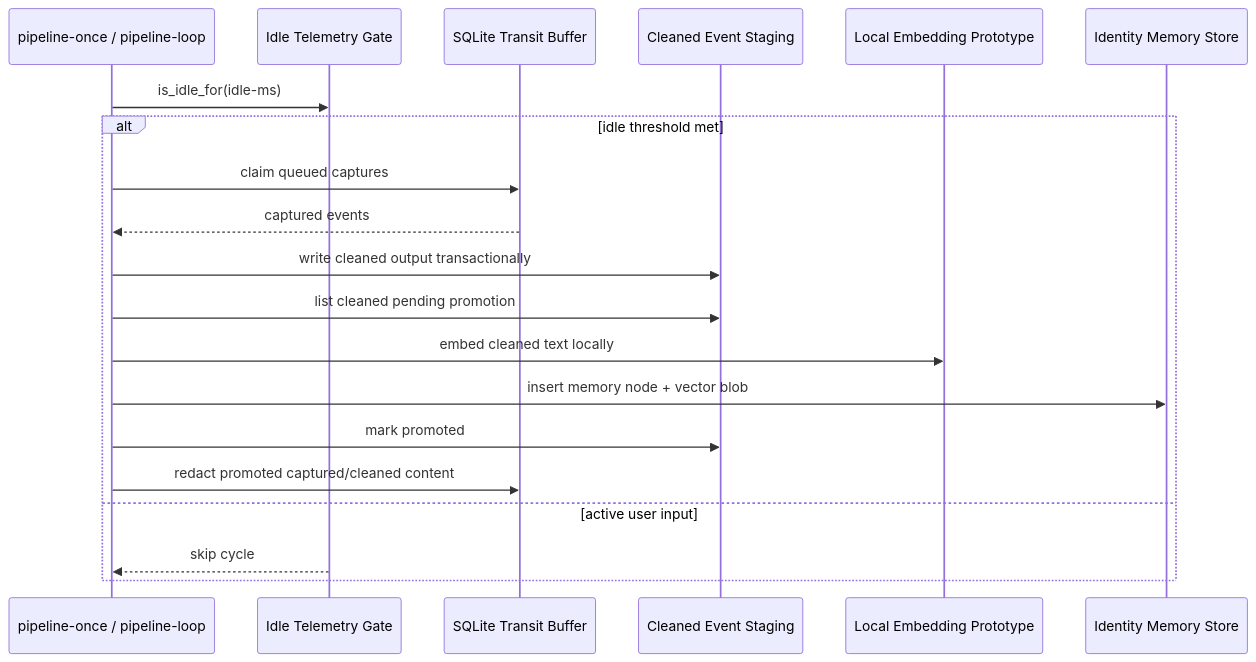
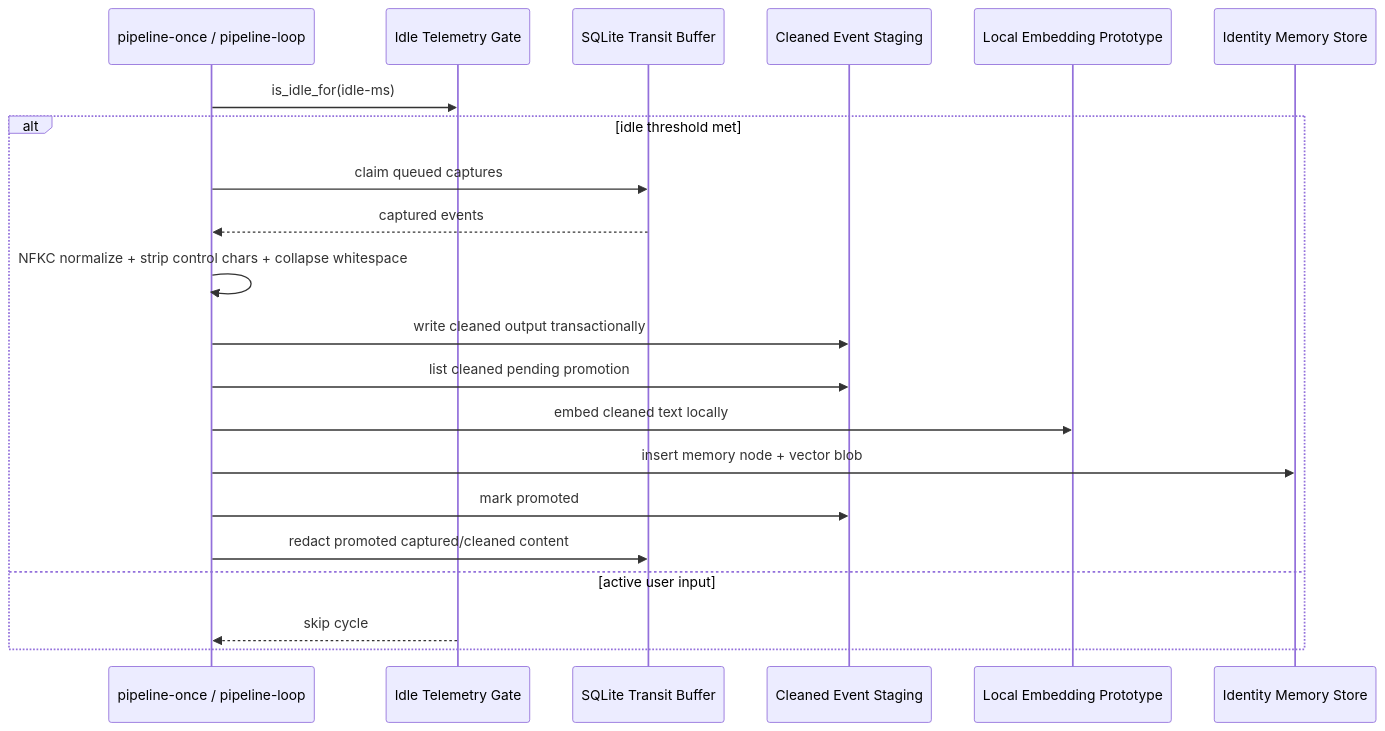
One commit to FiNdAlMkSkInDaL/Identity changed the ninth of 15 diagrams in docs/system-map.md. Above: the diagram before and after it, drawn with Mermaid. The commit also changed other lines of this file and 12 other files, not shown here.

````diff
--- a/docs/system-map.md
+++ b/docs/system-map.md
@@ -357,23 +359,24 @@
 ```mermaid
 sequenceDiagram
     participant Worker as pipeline-once / pipeline-loop
     participant Idle as Idle Telemetry Gate
     participant Transit as SQLite Transit Buffer
     participant Staging as Cleaned Event Staging
     participant Embed as Local Embedding Prototype
     participant Memory as Identity Memory Store
 
     Worker->>Idle: is_idle_for(idle-ms)
     alt idle threshold met
         Worker->>Transit: claim queued captures
         Transit-->>Worker: captured events
+        Worker->>Worker: NFKC normalize + strip control chars + collapse whitespace
         Worker->>Staging: write cleaned output transactionally
         Worker->>Staging: list cleaned pending promotion
         Worker->>Embed: embed cleaned text locally
         Worker->>Memory: insert memory node + vector blob
         Worker->>Staging: mark promoted
         Worker->>Transit: redact promoted captured/cleaned content
     else active user input
         Idle-->>Worker: skip cycle
     end
 ```
````
